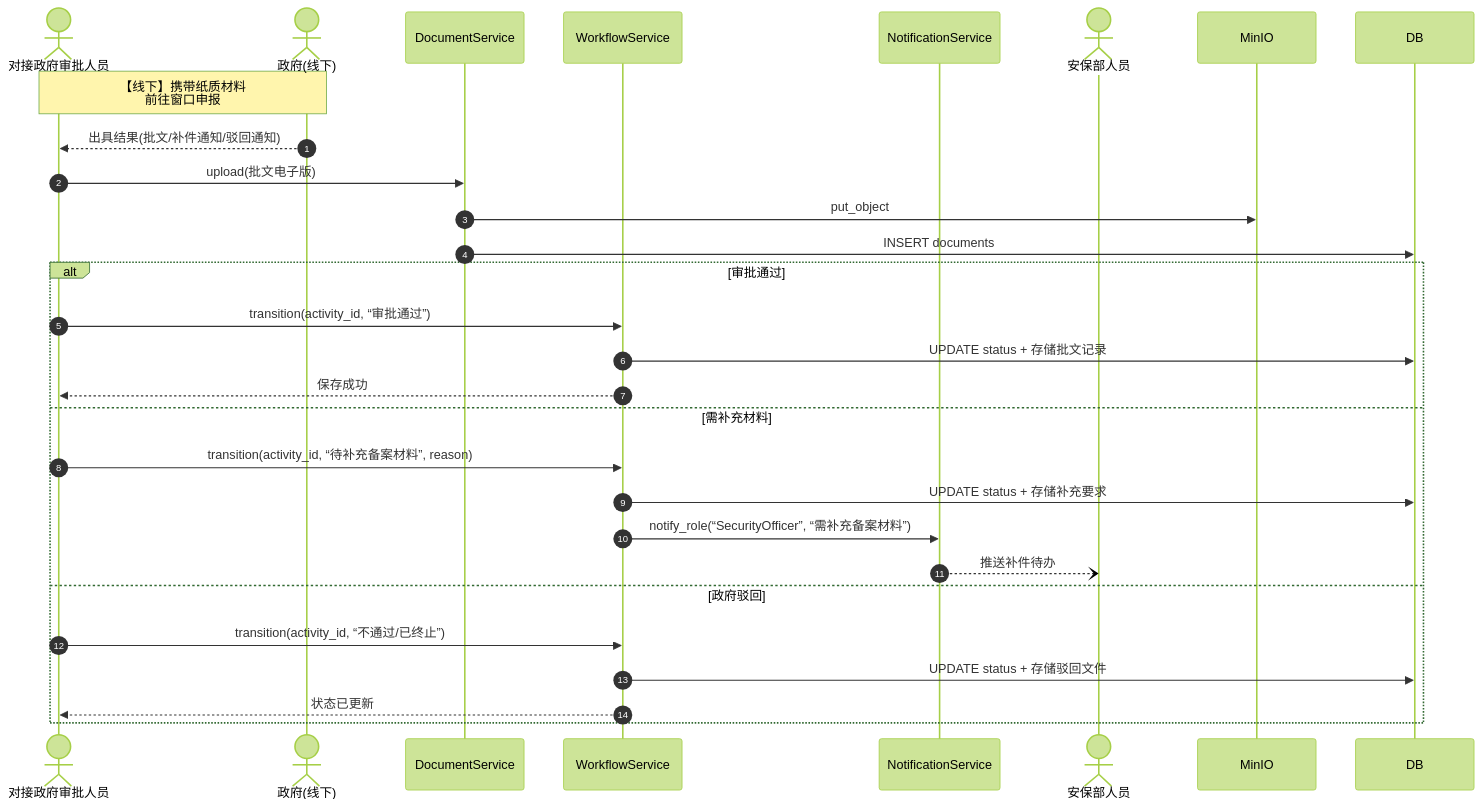
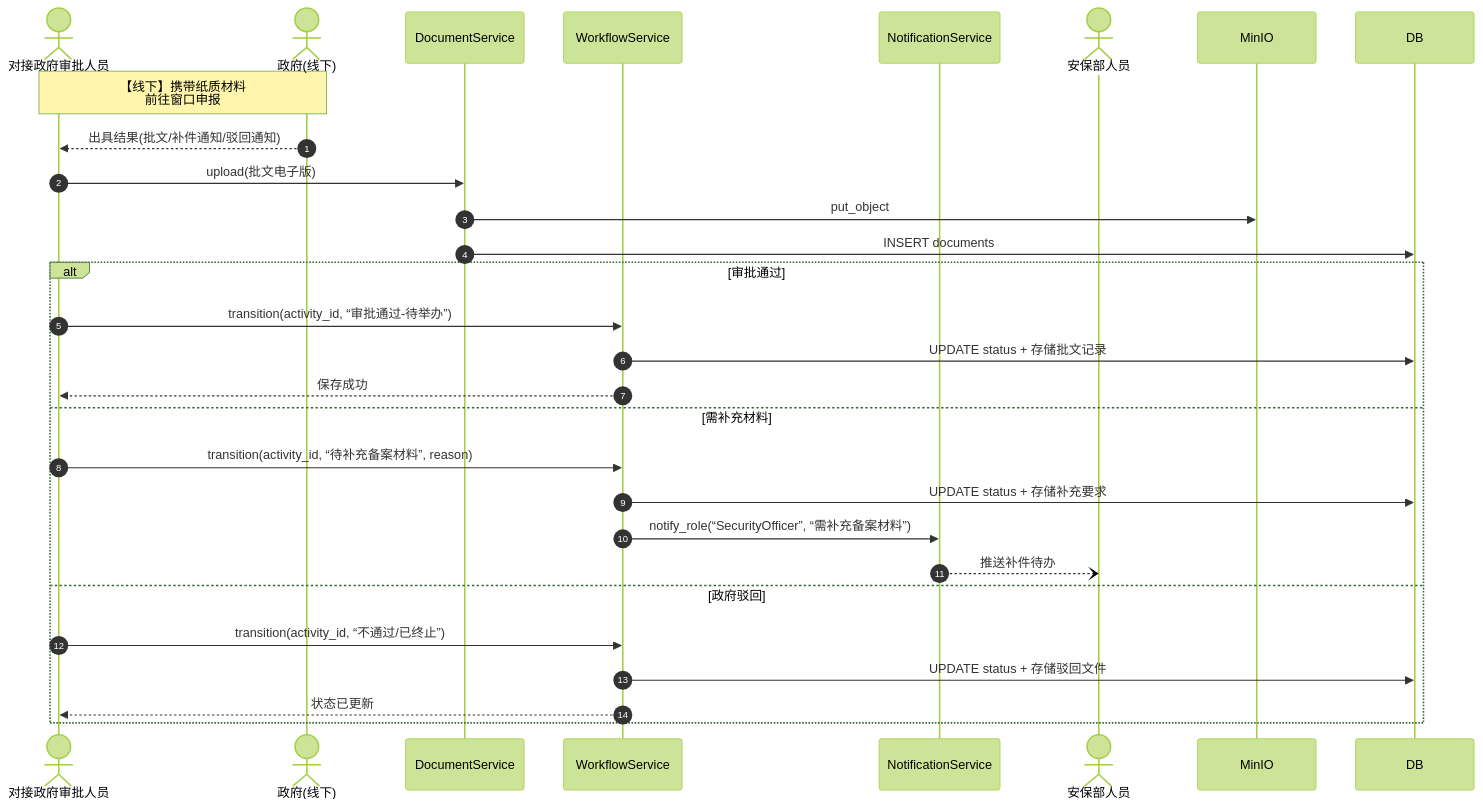
One commit to VasantLong/camis2026 changed diagram 11 of 12 in docs/camis-UML.md. Above: the diagram before and after it, drawn with Mermaid (forest theme). The commit also changed other lines of this file and 15 other files, not shown here.

First line of the commit message:
refactor(status): remove 审批通过 from Activity state machine (删除审批通过状态)

````diff
--- a/docs/camis-UML.md
+++ b/docs/camis-UML.md
@@ -1002,33 +1002,33 @@
 ```mermaid
 sequenceDiagram autonumber
     actor Liaison as 对接政府审批人员
     actor Gov as 政府(线下)
     participant DS as DocumentService
     participant WS as WorkflowService
     participant NS as NotificationService
     actor Security as 安保部人员
 
     Note over Liaison, Gov: 【线下】携带纸质材料<br/>前往窗口申报
     Gov-->>Liaison: 出具结果(批文/补件通知/驳回通知)
 
     Liaison->>DS: upload(批文电子版)
     DS->>MinIO: put_object
     DS->>DB: INSERT documents
 
     alt 审批通过
-        Liaison->>WS: transition(activity_id, “审批通过”)
+        Liaison->>WS: transition(activity_id, “审批通过-待举办”)
         WS->>DB: UPDATE status + 存储批文记录
         WS-->>Liaison: 保存成功
 
     else 需补充材料
         Liaison->>WS: transition(activity_id, “待补充备案材料”, reason)
         WS->>DB: UPDATE status + 存储补充要求
         WS->>NS: notify_role(“SecurityOfficer”, “需补充备案材料”)
         NS--)Security: 推送补件待办
 
     else 政府驳回
         Liaison->>WS: transition(activity_id, “不通过/已终止”)
         WS->>DB: UPDATE status + 存储驳回文件
         WS-->>Liaison: 状态已更新
     end
 ```
````
